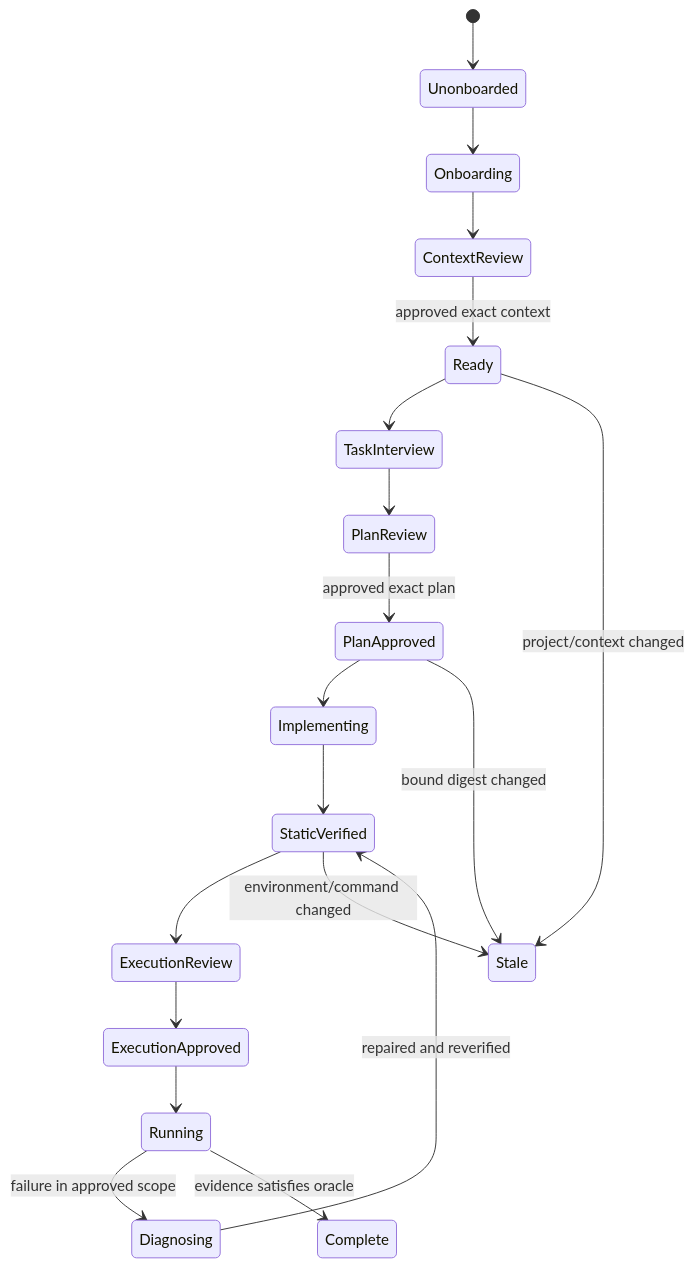
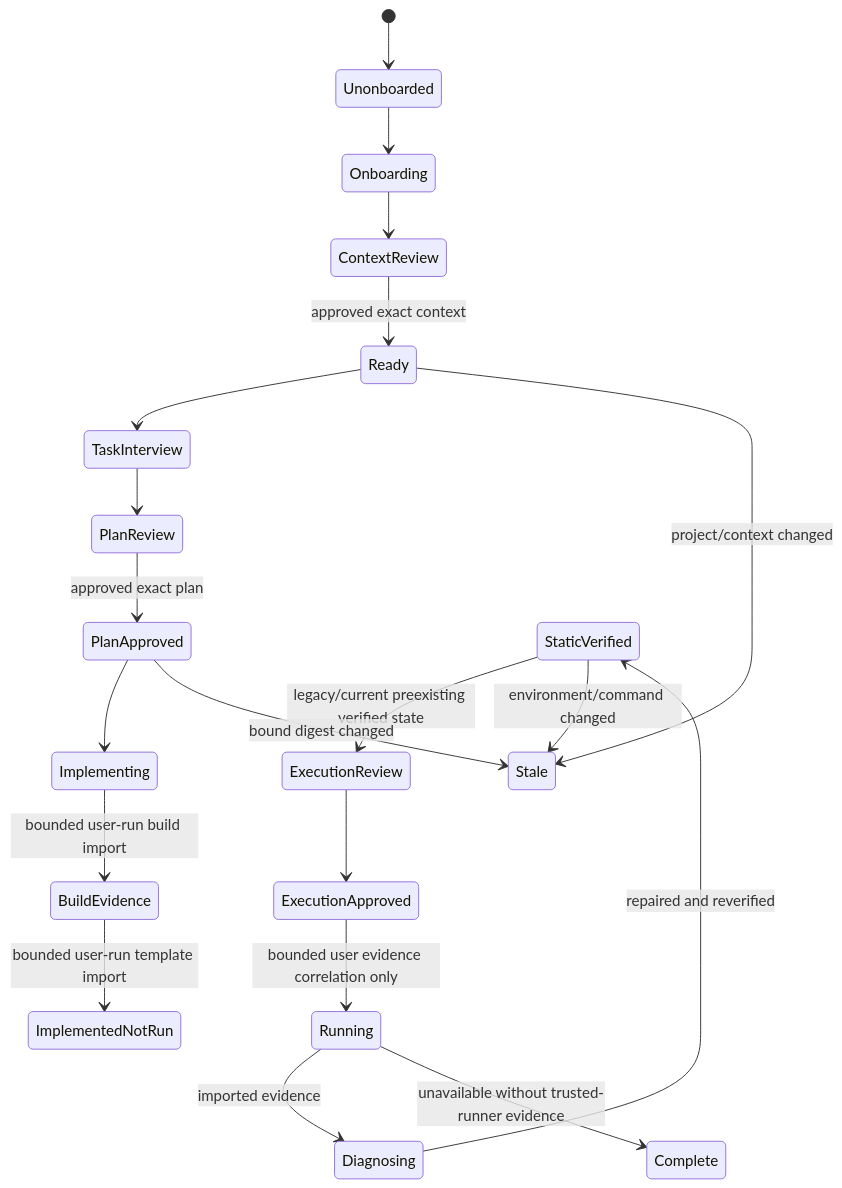
One commit to eldarush/QaaS-Plugin changed the second of 2 diagrams in docs/architecture.md. Above: the diagram before and after it, drawn with Mermaid. The commit also changed other lines of this file and 136 other files, not shown here.

````diff
--- a/docs/architecture.md
+++ b/docs/architecture.md
@@ -61,21 +64,22 @@
 ```mermaid
 stateDiagram-v2
     [*] --> Unonboarded
     Unonboarded --> Onboarding
     Onboarding --> ContextReview
     ContextReview --> Ready: approved exact context
     Ready --> TaskInterview
     TaskInterview --> PlanReview
     PlanReview --> PlanApproved: approved exact plan
     PlanApproved --> Implementing
-    Implementing --> StaticVerified
-    StaticVerified --> ExecutionReview
+    Implementing --> BuildEvidence: bounded user-run build import
+    BuildEvidence --> ImplementedNotRun: bounded user-run template import
+    StaticVerified --> ExecutionReview: legacy/current preexisting verified state
     ExecutionReview --> ExecutionApproved
-    ExecutionApproved --> Running
-    Running --> Diagnosing: failure in approved scope
+    ExecutionApproved --> Running: bounded user evidence correlation only
+    Running --> Diagnosing: imported evidence
     Diagnosing --> StaticVerified: repaired and reverified
-    Running --> Complete: evidence satisfies oracle
+    Running --> Complete: unavailable without trusted-runner evidence
     Ready --> Stale: project/context changed
     PlanApproved --> Stale: bound digest changed
     StaticVerified --> Stale: environment/command changed
 ```
````
